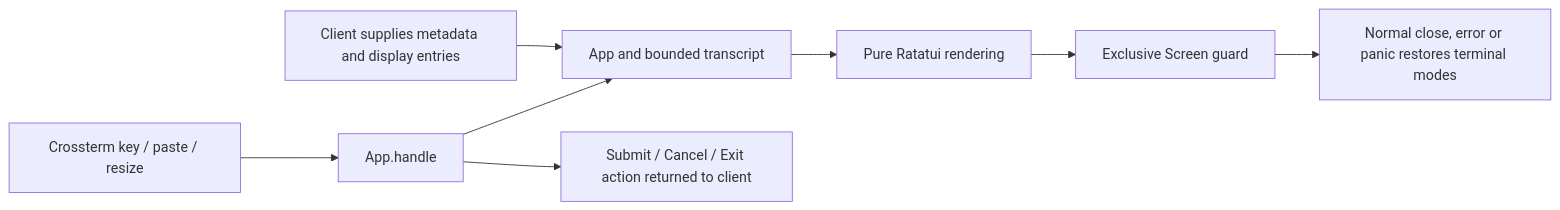
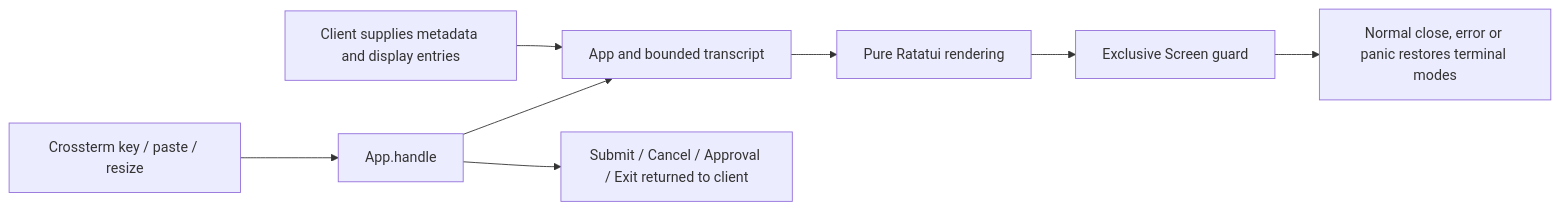
One commit to cluaiz/cluaiz changed the diagram in terminal/README.md. Above: the diagram before and after it, drawn with Mermaid. The commit also changed other lines of this file and 3 other files, not shown here.

````diff
--- a/terminal/README.md
+++ b/terminal/README.md
@@ -16,10 +17,10 @@
 ```mermaid
 flowchart LR
     Caller["Client supplies metadata and display entries"] --> State["App and bounded transcript"]
     Input["Crossterm key / paste / resize"] --> Reducer["App.handle"]
     Reducer --> State
-    Reducer --> Action["Submit / Cancel / Exit action returned to client"]
+    Reducer --> Action["Submit / Cancel / Approval / Exit returned to client"]
     State --> Render["Pure Ratatui rendering"]
     Render --> Screen["Exclusive Screen guard"]
     Screen --> Restore["Normal close, error or panic restores terminal modes"]
 ```
````
